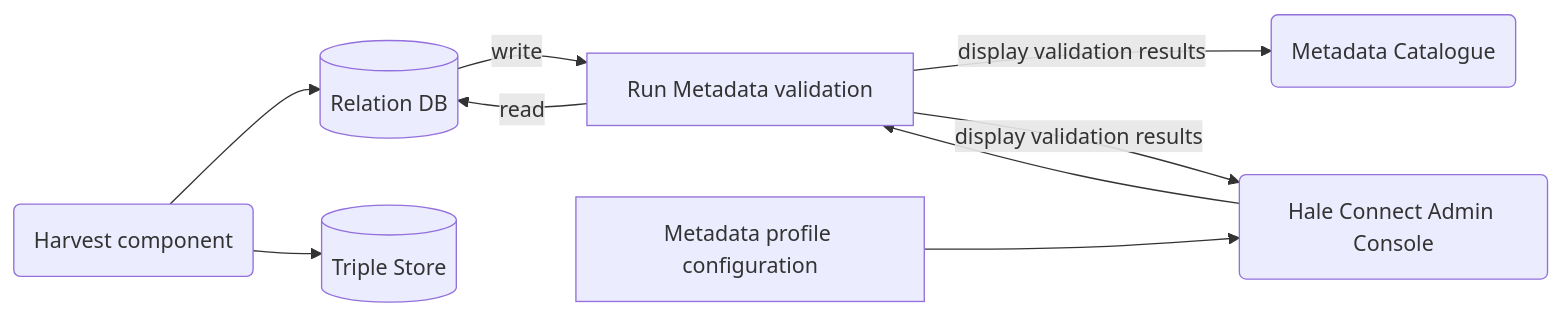
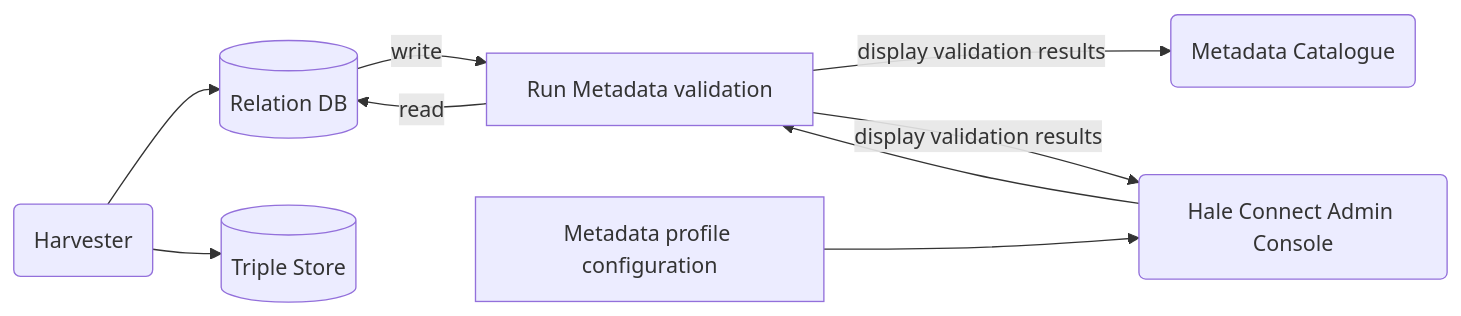
Before and after one commit to soilwise-he/SoilWise-documentation: the diagram in tech/docs/technical_components/metadata_validation.md, drawn with Mermaid. The commit also changed other lines of this file, not shown here.

````diff
--- a/tech/docs/technical_components/metadata_validation.md
+++ b/tech/docs/technical_components/metadata_validation.md
@@ -11,12 +11,12 @@
 ``` mermaid
 flowchart LR
-    HC(Harvest component)
+    HC(Harvester)
     HC --> db[(Relation DB)]
     HC --> TS[(Triple Store)]
     MV[Run Metadata validation] --> |read| db
     db --> |write| MV
     MV --> |display validation results| MC(Metadata Catalogue)
     MV --> |display validation results| HA(Hale Connect Admin Console)
     MP[Metadata profile configuration] --> HA
     HA --> MV
 ```
````
